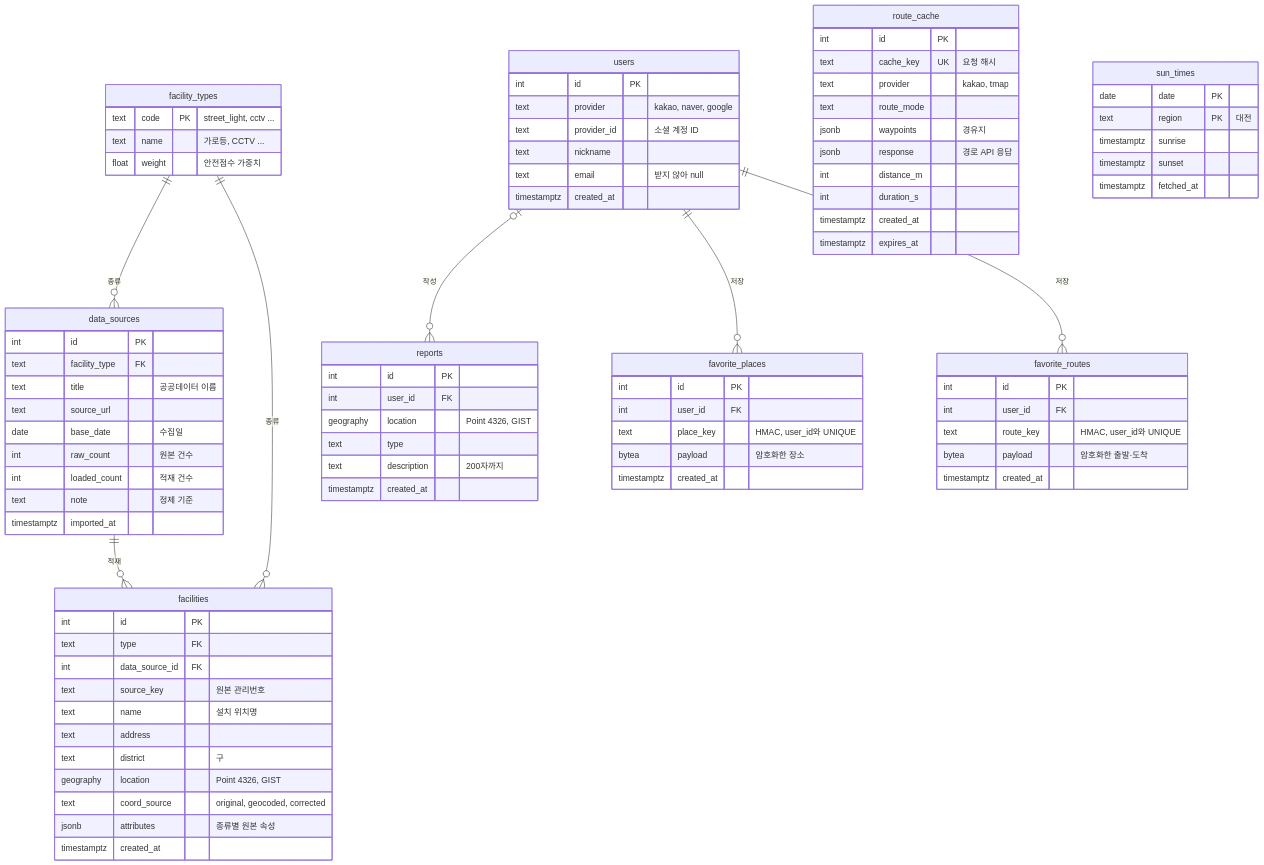
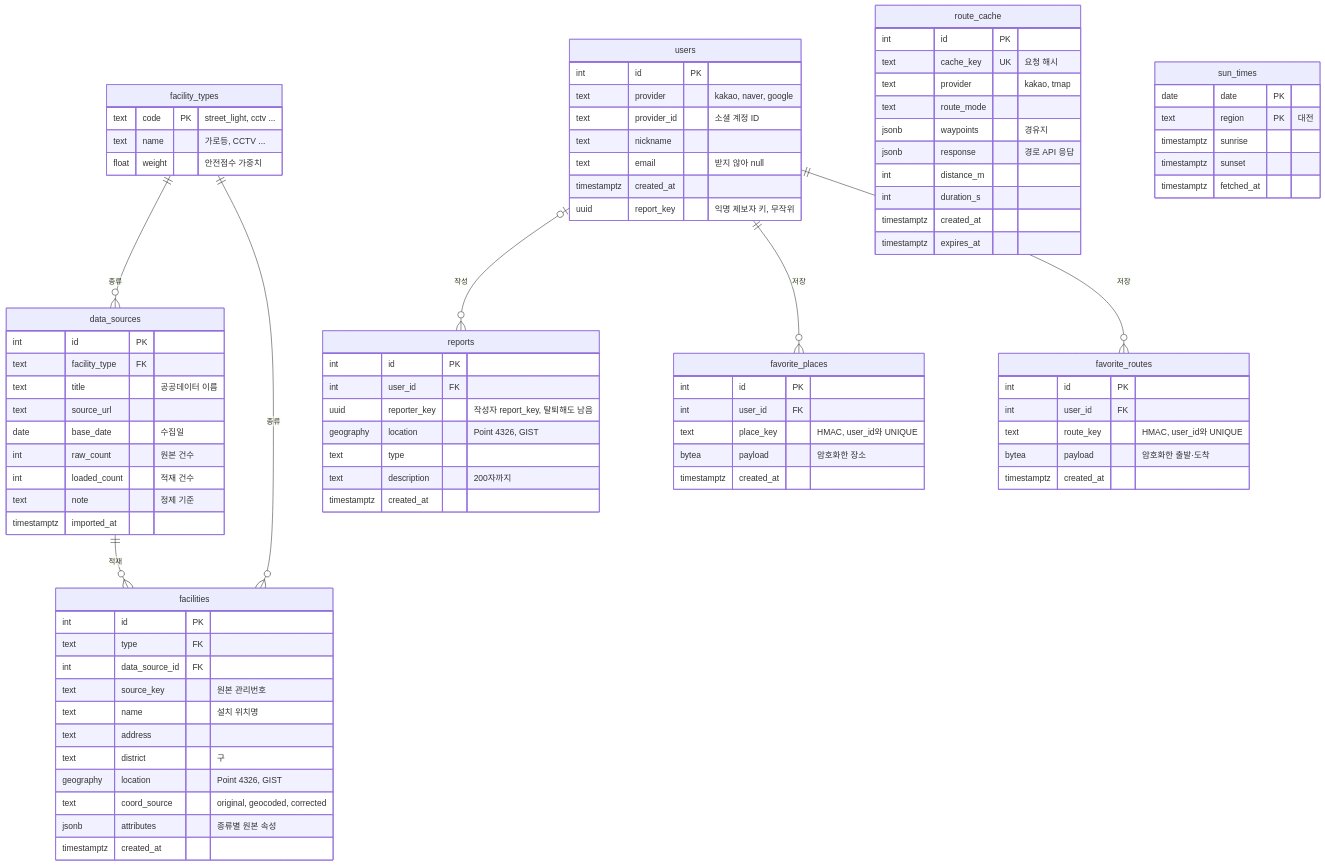
One commit to wjxor/deungdae changed the diagram in docs/ERD.md. Above: the diagram before and after it, drawn with Mermaid. The commit also changed other lines of this file and 12 other files, not shown here.

```diff
--- a/docs/ERD.md
+++ b/docs/ERD.md
@@ -71,6 +71,7 @@
         text nickname
         text email "받지 않아 null"
         timestamptz created_at
+        uuid report_key "익명 제보자 키, 무작위"
     }
     favorite_places {
         int id PK
@@ -89,6 +90,7 @@
     reports {
         int id PK
         int user_id FK
+        uuid reporter_key "작성자 report_key, 탈퇴해도 남음"
         geography location "Point 4326, GIST"
         text type
         text description "200자까지"
```
